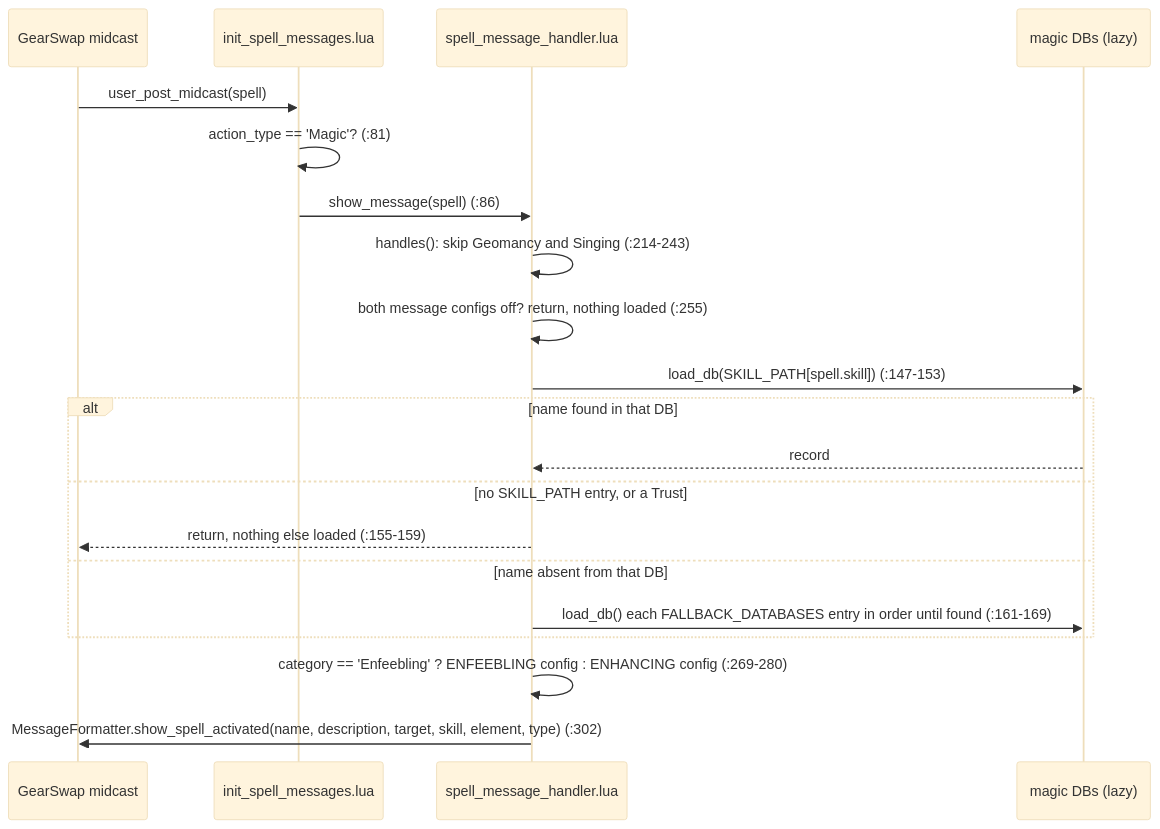
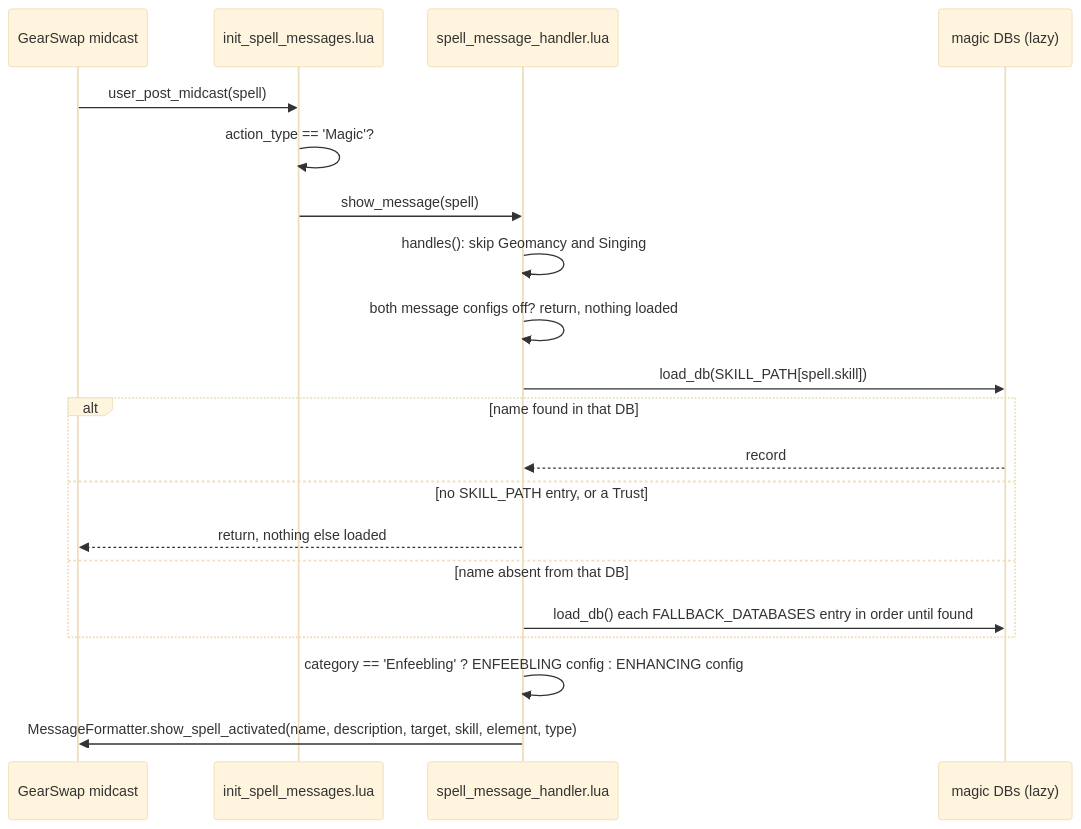
The second of 2 diagrams in docs/dev/data/spell-databases.md (ejouanchicot/Gearswap), drawn with Mermaid (base theme) before and after one commit. The commit also changed other lines of this file and 3 other files, not shown here.

````diff
--- a/docs/dev/data/spell-databases.md
+++ b/docs/dev/data/spell-databases.md
@@ -102,22 +219,22 @@
 ```mermaid
 sequenceDiagram
     participant GS as GearSwap midcast
     participant Hook as init_spell_messages.lua
     participant H as spell_message_handler.lua
     participant DB as magic DBs (lazy)
     GS->>Hook: user_post_midcast(spell)
-    Hook->>Hook: action_type == 'Magic'? (:81)
-    Hook->>H: show_message(spell) (:86)
-    H->>H: handles(): skip Geomancy and Singing (:214-243)
-    H->>H: both message configs off? return, nothing loaded (:255)
-    H->>DB: load_db(SKILL_PATH[spell.skill]) (:147-153)
+    Hook->>Hook: action_type == 'Magic'?
+    Hook->>H: show_message(spell)
+    H->>H: handles(): skip Geomancy and Singing
+    H->>H: both message configs off? return, nothing loaded
+    H->>DB: load_db(SKILL_PATH[spell.skill])
     alt name found in that DB
         DB-->>H: record
     else no SKILL_PATH entry, or a Trust
-        H-->>GS: return, nothing else loaded (:155-159)
+        H-->>GS: return, nothing else loaded
     else name absent from that DB
-        H->>DB: load_db() each FALLBACK_DATABASES entry in order until found (:161-169)
+        H->>DB: load_db() each FALLBACK_DATABASES entry in order until found
     end
-    H->>H: category == 'Enfeebling' ? ENFEEBLING config : ENHANCING config (:269-280)
-    H->>GS: MessageFormatter.show_spell_activated(name, description, target, skill, element, type) (:302)
+    H->>H: category == 'Enfeebling' ? ENFEEBLING config : ENHANCING config
+    H->>GS: MessageFormatter.show_spell_activated(name, description, target, skill, element, type)
 ```
````
